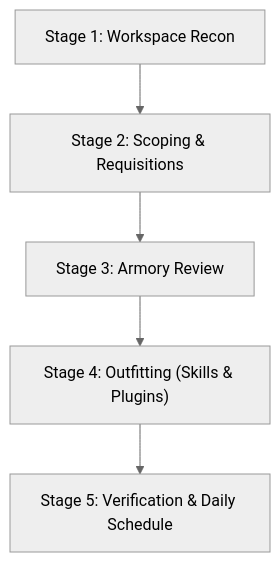
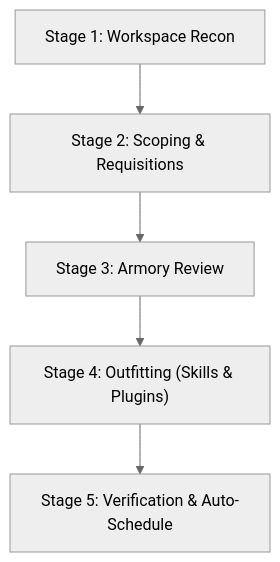
The diagram in SKILL.md (owainow/quartermaster), drawn with Mermaid (neutral theme) before and after one commit. The commit also changed other lines of this file and 1 other file, not shown here.

Commit message:
feat: canonical config/skills install path and automated schedule registration

````diff
--- a/SKILL.md
+++ b/SKILL.md
@@ -30,7 +31,7 @@
 ```mermaid
 flowchart TD
     S1["Stage 1: Workspace Recon"] --> S2["Stage 2: Scoping & Requisitions"]
     S2 --> S3["Stage 3: Armory Review"]
     S3 --> S4["Stage 4: Outfitting (Skills & Plugins)"]
-    S4 --> S5["Stage 5: Verification & Daily Schedule"]
+    S4 --> S5["Stage 5: Verification & Auto-Schedule"]
 ```
````
